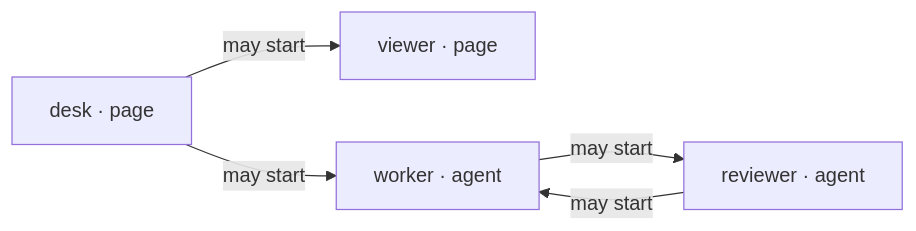
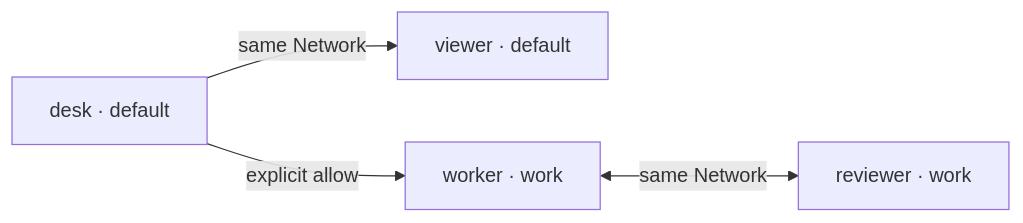
Before and after one commit to nitipit/automata: the diagram in src/automata/skills/bundled/automata-message-router/references/configure.md, drawn with Mermaid. The commit also changed other lines of this file and 21 other files, not shown here.

````diff
--- a/src/automata/skills/bundled/automata-message-router/references/configure.md
+++ b/src/automata/skills/bundled/automata-message-router/references/configure.md
@@ -9,7 +10,6 @@
 ```mermaid
 flowchart LR
-    desk[desk · page] -->|may start| viewer[viewer · page]
-    desk -->|may start| worker[worker · agent]
-    worker -->|may start| reviewer[reviewer · agent]
-    reviewer -->|may start| worker
+    desk[desk · default] -->|same Network| viewer[viewer · default]
+    desk -->|explicit allow| worker[worker · work]
+    worker <-->|same Network| reviewer[reviewer · work]
 ```
````
